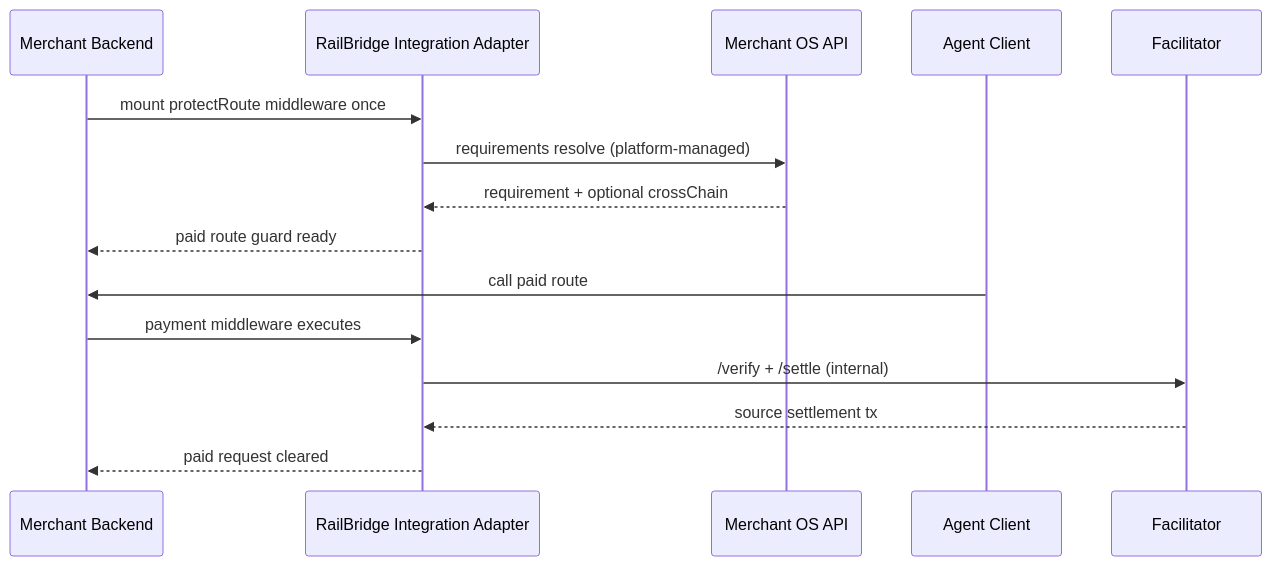
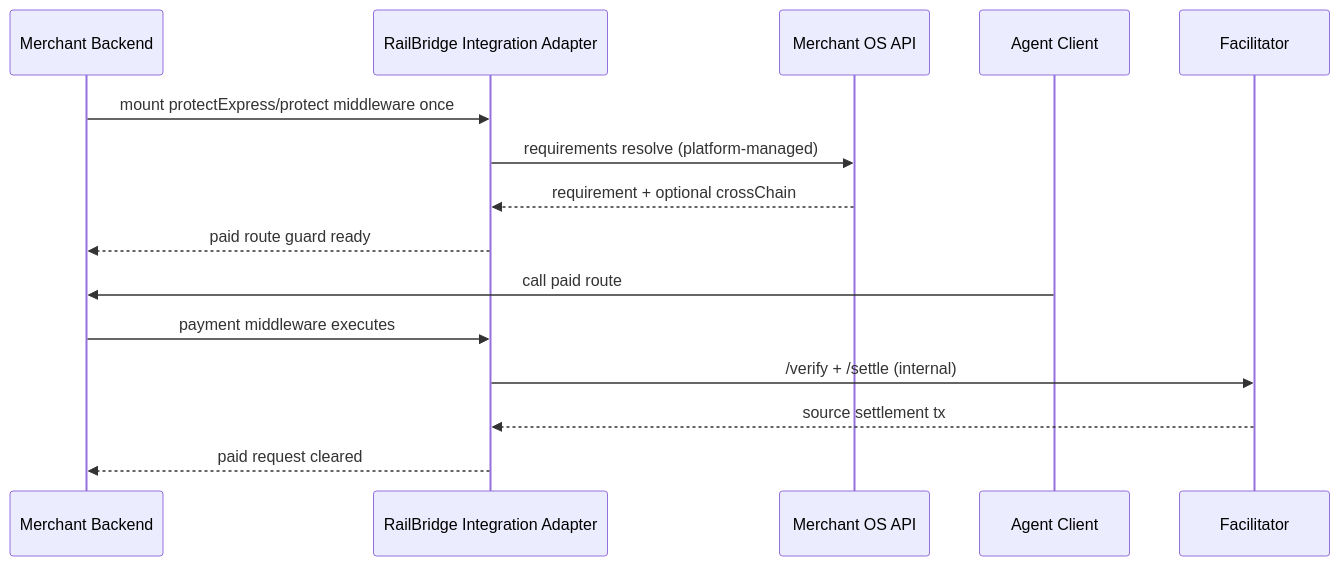
The third of 7 diagrams in merchant-os/ARCHITECTURE_DEEP_DIVE.md (RailBridge-AI/Railbridge-X-Unlink), drawn with Mermaid before and after one commit. The commit also changed other lines of this file and 30 other files, not shown here.

````diff
--- a/merchant-os/ARCHITECTURE_DEEP_DIVE.md
+++ b/merchant-os/ARCHITECTURE_DEEP_DIVE.md
@@ -167,19 +167,19 @@
 ```mermaid
 sequenceDiagram
   participant Backend as Merchant Backend
   participant Adapter as RailBridge Integration Adapter
   participant MOS as Merchant OS API
   participant Agent as Agent Client
   participant Fac as Facilitator
 
-  Backend->>Adapter: mount protectRoute middleware once
+  Backend->>Adapter: mount protectExpress/protect middleware once
   Adapter->>MOS: requirements resolve (platform-managed)
   MOS-->>Adapter: requirement + optional crossChain
   Adapter-->>Backend: paid route guard ready
 
   Agent->>Backend: call paid route
   Backend->>Adapter: payment middleware executes
   Adapter->>Fac: /verify + /settle (internal)
   Fac-->>Adapter: source settlement tx
   Adapter-->>Backend: paid request cleared
 ```
````
